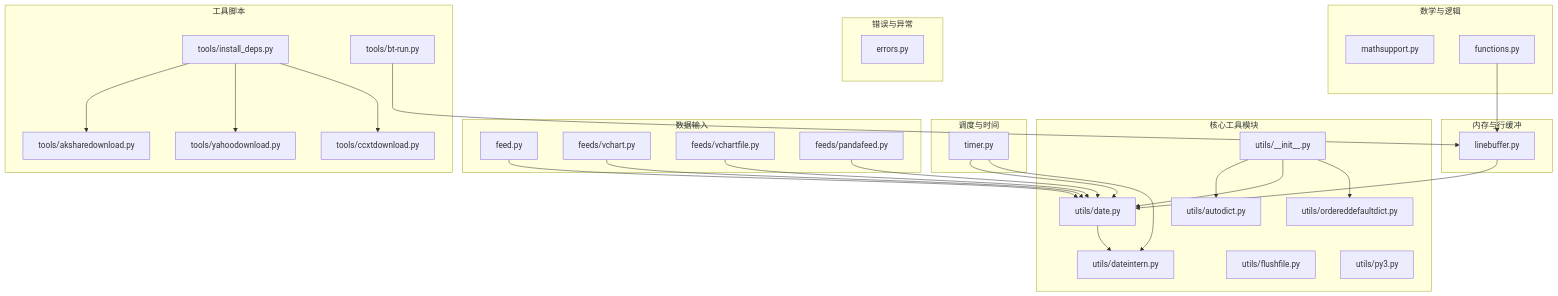
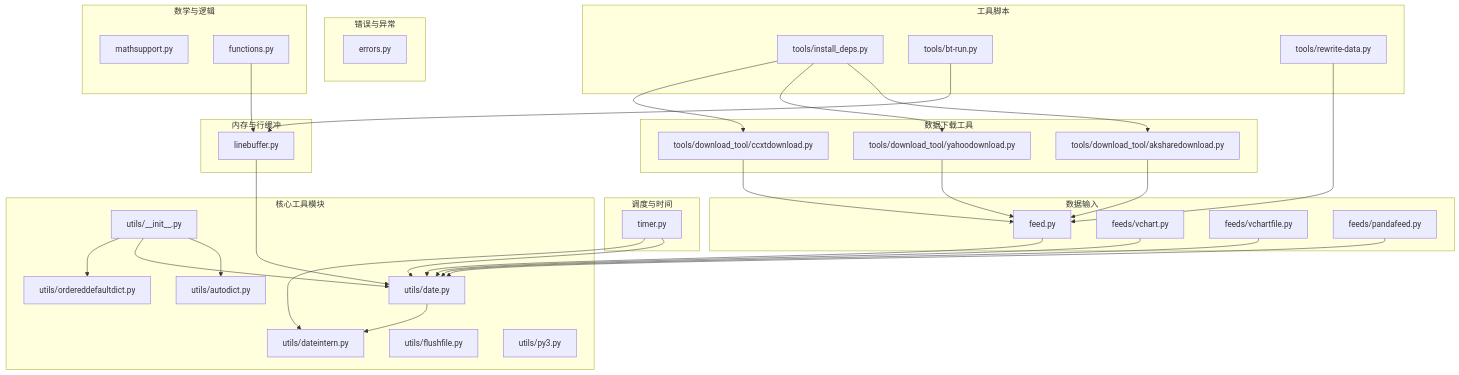
One commit to bench-prog/backtrader changed the first of 12 diagrams in .qoder/repowiki/zh/content/工具函数与实用程序/工具函数与实用程序.md. Above: the diagram before and after it, drawn with Mermaid. The commit also changed other lines of this file and 40 other files, not shown here.

````diff
--- a/.qoder/repowiki/zh/content/工具函数与实用程序/工具函数与实用程序.md
+++ b/.qoder/repowiki/zh/content/工具函数与实用程序/工具函数与实用程序.md
@@ -66,54 +69,61 @@
 ```mermaid
 graph TB
 subgraph "核心工具模块"
 U1["utils/__init__.py"]
 U2["utils/autodict.py"]
 U3["utils/date.py"]
 U4["utils/dateintern.py"]
 U5["utils/ordereddefaultdict.py"]
 U6["utils/flushfile.py"]
 U7["utils/py3.py"]
 end
 subgraph "数学与逻辑"
 M1["mathsupport.py"]
 M2["functions.py"]
 end
 subgraph "调度与时间"
 T1["timer.py"]
 end
 subgraph "错误与异常"
 E1["errors.py"]
 end
 subgraph "内存与行缓冲"
 L1["linebuffer.py"]
 end
 subgraph "数据输入"
 F1["feed.py"]
 F2["feeds/vchart.py"]
 F3["feeds/vchartfile.py"]
 F4["feeds/pandafeed.py"]
 end
 subgraph "工具脚本"
 TD1["tools/install_deps.py"]
-TD2["tools/aksharedownload.py"]
-TD3["tools/yahoodownload.py"]
-TD4["tools/ccxtdownload.py"]
-TD5["tools/bt-run.py"]
+TD2["tools/bt-run.py"]
+TD3["tools/rewrite-data.py"]
+end
+subgraph "数据下载工具"
+DT1["tools/download_tool/aksharedownload.py"]
+DT2["tools/download_tool/yahoodownload.py"]
+DT3["tools/download_tool/ccxtdownload.py"]
 end
 U1 --> U2
 U1 --> U3
 U1 --> U5
 U3 --> U4
 M2 --> L1
 T1 --> U3
 T1 --> U4
 F1 --> U3
 F2 --> U3
 F3 --> U3
 F4 --> U3
 L1 --> U3
-TD1 --> TD2
-TD1 --> TD3
-TD1 --> TD4
-TD5 --> L1
+TD1 --> DT1
+TD1 --> DT2
+TD1 --> DT3
+TD2 --> L1
+TD3 --> F1
+DT1 --> F1
+DT2 --> F1
+DT3 --> F1
 ```
````
